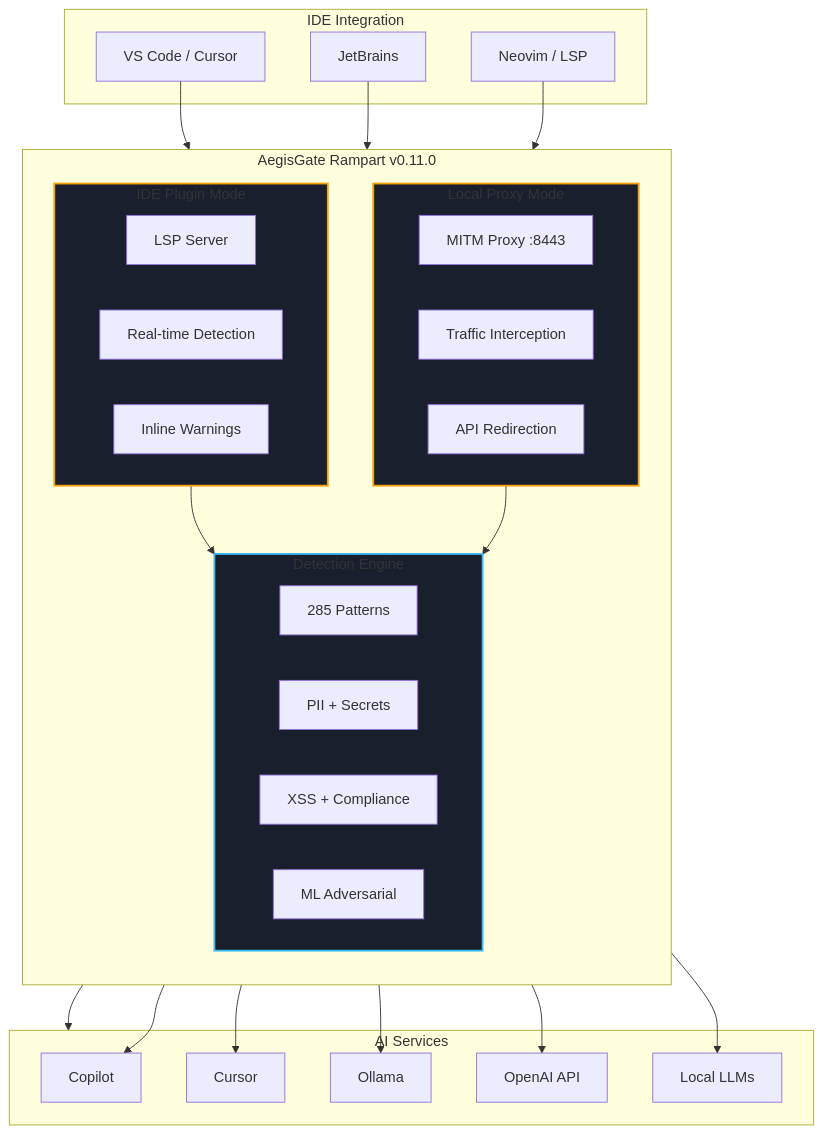
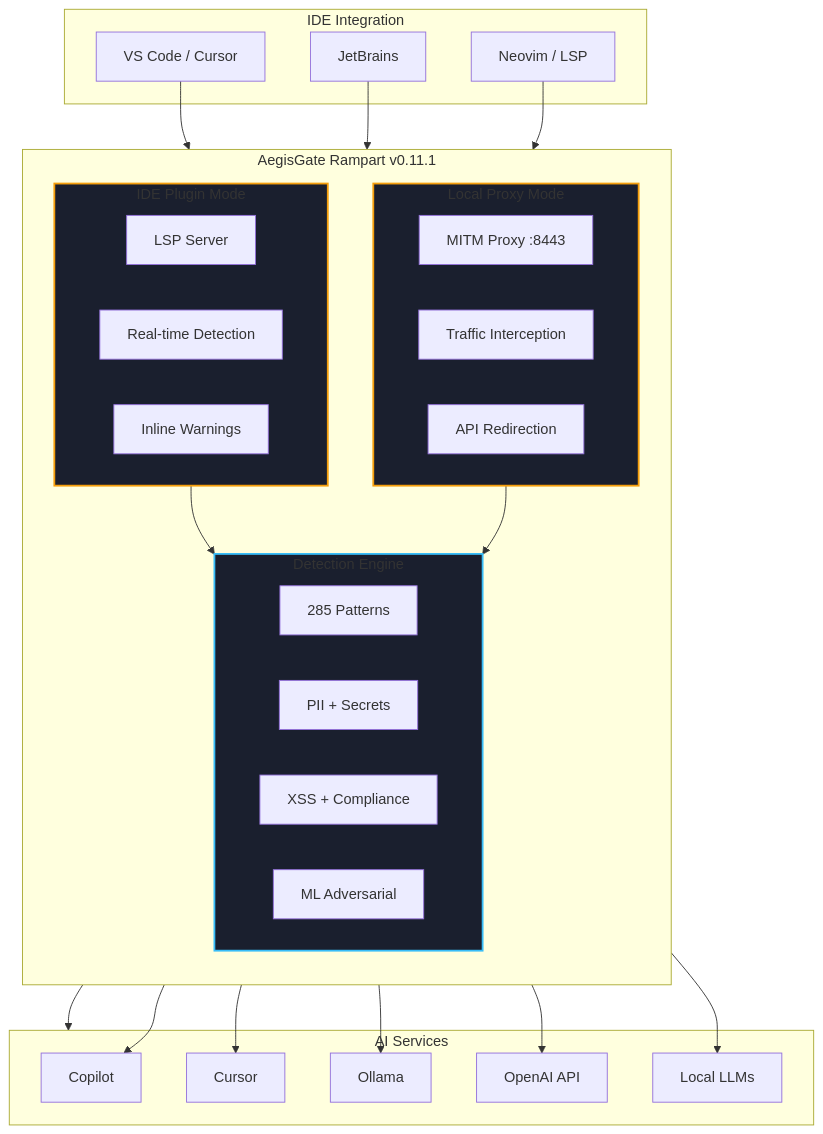
One commit to aegisgatesecurity/aegisgate-site changed the first of 3 diagrams in content/rampart/_index.md. Above: the diagram before and after it, drawn with Mermaid. The commit also changed other lines of this file and 30 other files, not shown here.

```diff
--- a/content/rampart/_index.md
+++ b/content/rampart/_index.md
@@ -77,57 +77,57 @@
 {{< mermaid >}}
 flowchart TD
     subgraph IDE["IDE Integration"]
         VS[VS Code / Cursor]
         JB[JetBrains]
         NV[Neovim / LSP]
     end
 
-    subgraph Rampart["AegisGate Rampart v0.11.0"]
+    subgraph Rampart["AegisGate Rampart v0.11.1"]
         direction TB
         
         subgraph PluginMode["IDE Plugin Mode"]
             PM1[LSP Server]
             PM2[Real-time Detection]
             PM3[Inline Warnings]
         end
         
         subgraph ProxyMode["Local Proxy Mode"]
             PX1[MITM Proxy :8443]
             PX2[Traffic Interception]
             PX3[API Redirection]
         end
         
         subgraph Engine["Detection Engine"]
             E1[285 Patterns]
             E2[PII + Secrets]
             E3[XSS + Compliance]
             E4[ML Adversarial]
         end
     end
 
     subgraph AI["AI Services"]
         A[Copilot]
         B[Cursor]
         C[Ollama]
         D[OpenAI API]
         E[Local LLMs]
     end
 
     VS --> PluginMode
     JB --> PluginMode
     NV --> PluginMode
     
     PluginMode --> Engine
     ProxyMode --> Engine
     
     PluginMode --> AI
     ProxyMode --> A
     ProxyMode --> B
     ProxyMode --> C
     ProxyMode --> D
     ProxyMode --> E
 
     style PluginMode fill:#1a1f2e,stroke:#f59e0b,stroke-width:2px
     style ProxyMode fill:#1a1f2e,stroke:#f59e0b,stroke-width:2px
     style Engine fill:#1a1f2e,stroke:#38bdf8,stroke-width:2px
 {{< /mermaid >}}
```
